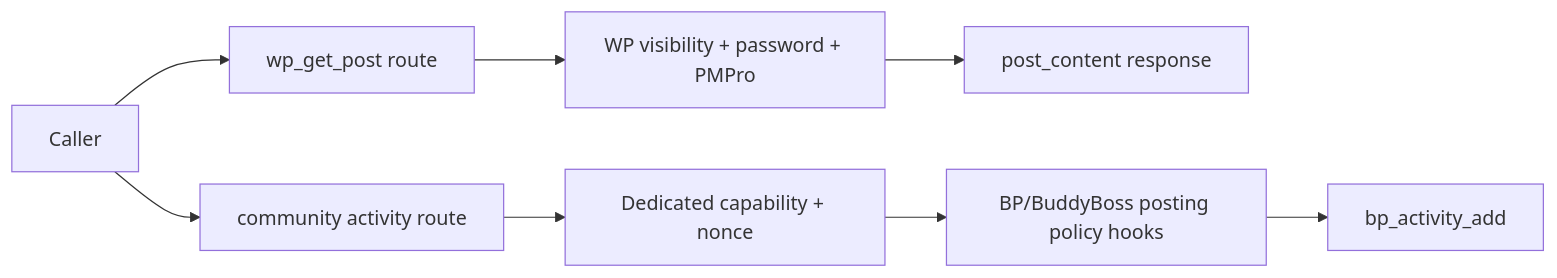
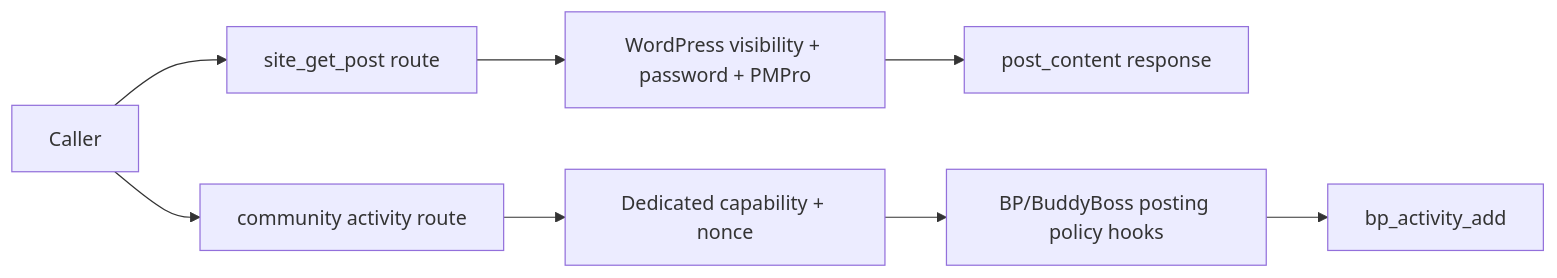
The second of 3 diagrams in security-hardening/proposals/domain-aware-authorization.md (kulkarnitech/WP-WebMCP), drawn with Mermaid before and after one commit. The commit also changed other lines of this file and 31 other files, not shown here.

Commit message:
Finalize WebMCP Layer for WordPress

````diff
--- a/security-hardening/proposals/domain-aware-authorization.md
+++ b/security-hardening/proposals/domain-aware-authorization.md
@@ -55,10 +55,10 @@
 ```mermaid
 flowchart LR
-  U[Caller] --> P[wp_get_post route]
+  U[Caller] --> P[site_get_post route]
   U --> B[community activity route]
-  P --> W[WP visibility + password + PMPro]
+  P --> W[WordPress visibility + password + PMPro]
   W --> C[post_content response]
   B --> G[Dedicated capability + nonce]
   G --> D[BP/BuddyBoss posting policy hooks]
   D --> A[bp_activity_add]
 ```
````
